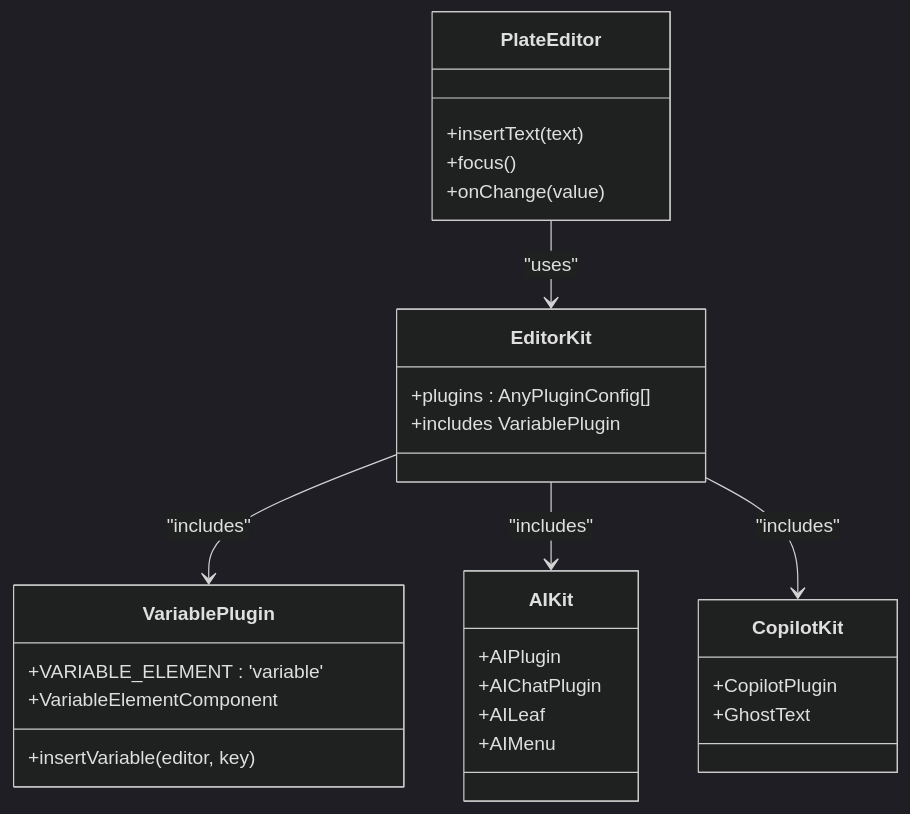
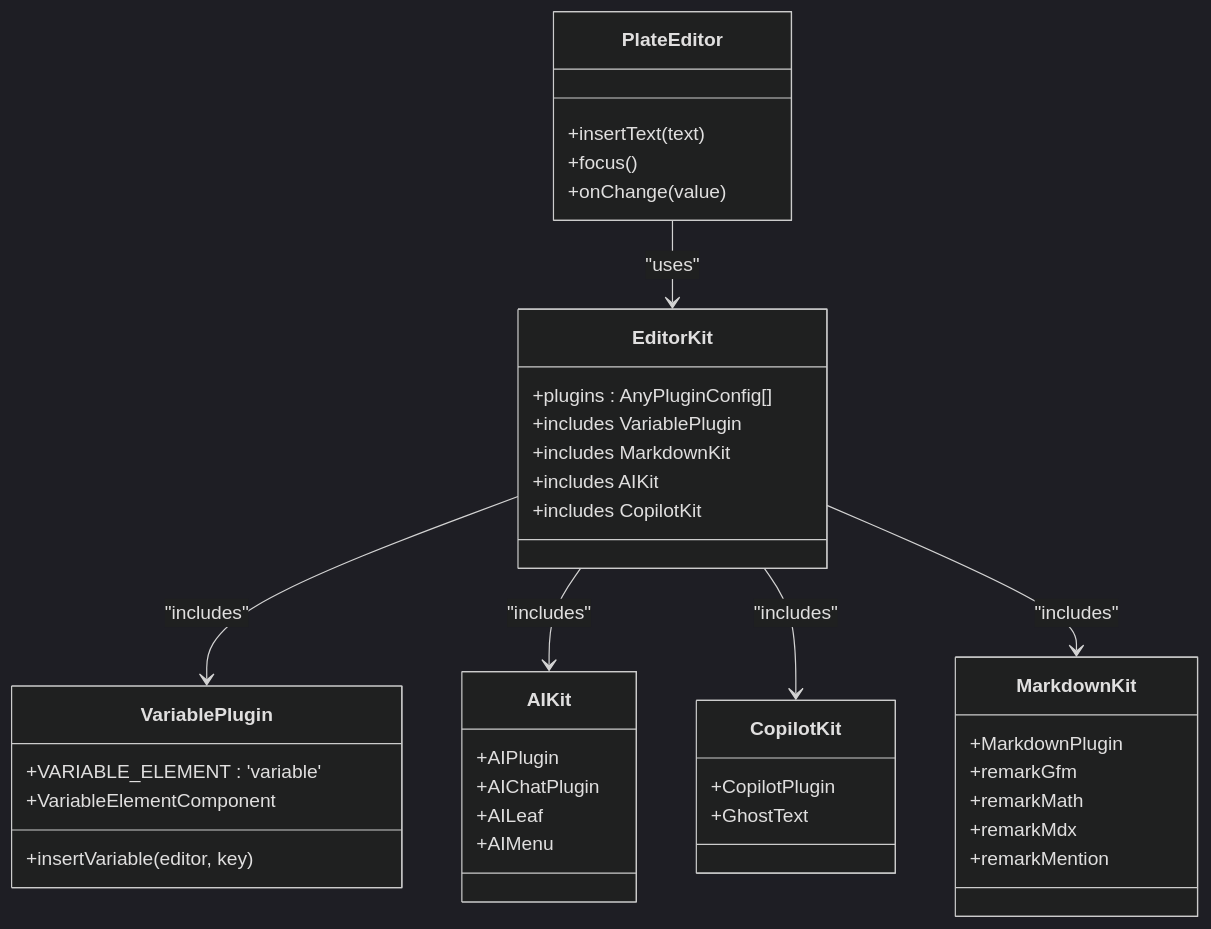
One commit to SinesysTech/zattar-os changed the third of 8 diagrams in .qoder/repowiki/en/content/Document Management and AI Editor/AI-Assisted Document Editing.md. Above: the diagram before and after it, drawn with Mermaid (dark theme). The commit also changed other lines of this file and 4 other files, not shown here.

````diff
--- a/.qoder/repowiki/en/content/Document Management and AI Editor/AI-Assisted Document Editing.md
+++ b/.qoder/repowiki/en/content/Document Management and AI Editor/AI-Assisted Document Editing.md
@@ -179,31 +192,42 @@
 ```mermaid
 classDiagram
 class PlateEditor {
 +insertText(text)
 +focus()
 +onChange(value)
 }
 class EditorKit {
 +plugins : AnyPluginConfig[]
 +includes VariablePlugin
++includes MarkdownKit
++includes AIKit
++includes CopilotKit
 }
 class VariablePlugin {
 +VARIABLE_ELEMENT : 'variable'
 +insertVariable(editor, key)
 +VariableElementComponent
 }
 class AIKit {
 +AIPlugin
 +AIChatPlugin
 +AILeaf
 +AIMenu
 }
 class CopilotKit {
 +CopilotPlugin
 +GhostText
 }
+class MarkdownKit {
++MarkdownPlugin
++remarkGfm
++remarkMath
++remarkMdx
++remarkMention
+}
 PlateEditor --> EditorKit : "uses"
 EditorKit --> VariablePlugin : "includes"
 EditorKit --> AIKit : "includes"
 EditorKit --> CopilotKit : "includes"
+EditorKit --> MarkdownKit : "includes"
 ```
````
